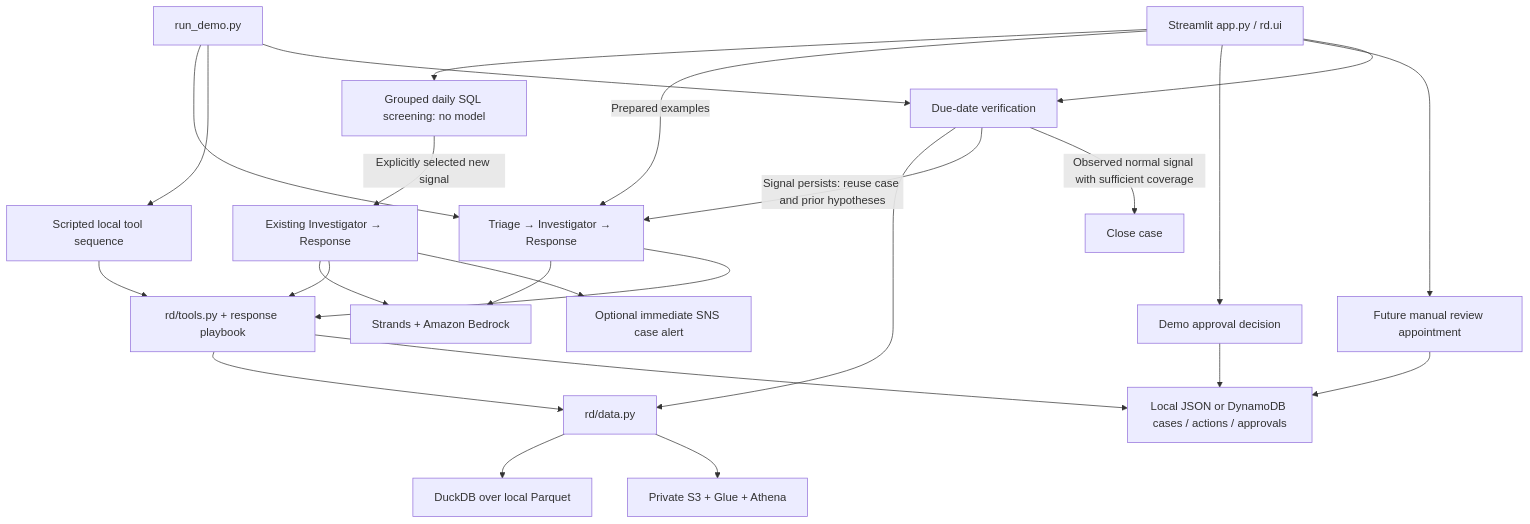
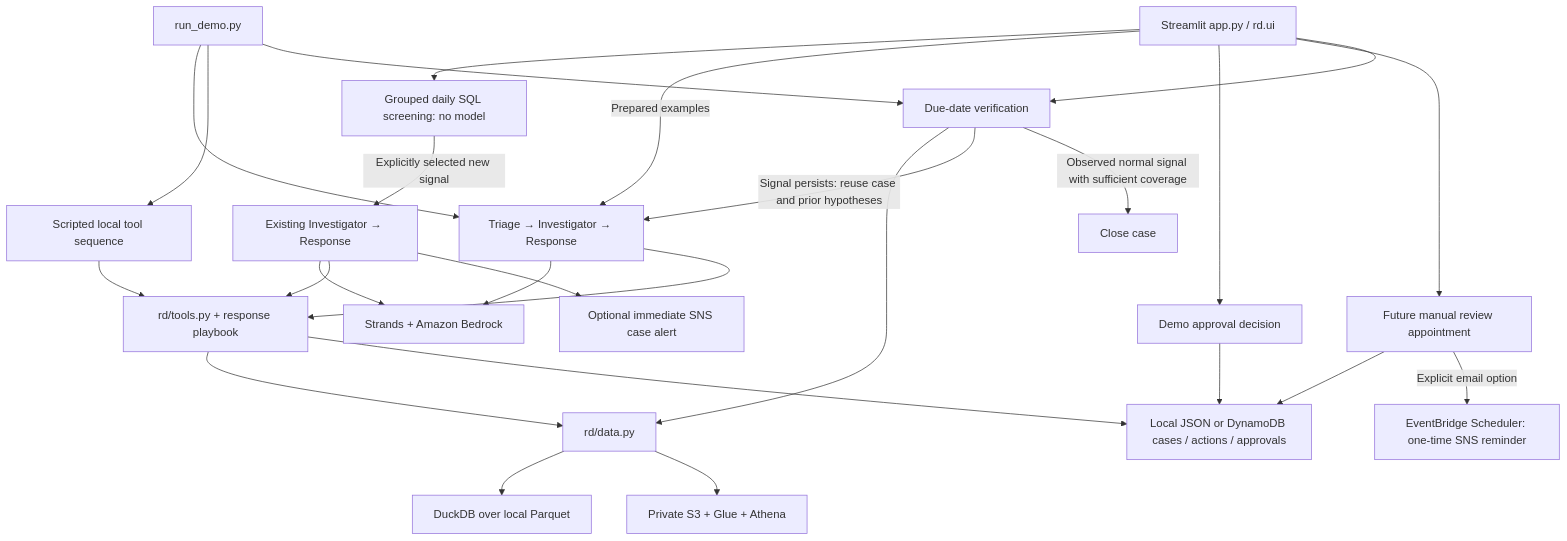
The diagram in docs/ARCHITECTURE.md (yszgit/return-detective), drawn with Mermaid before and after one commit. The commit also changed other lines of this file and 20 other files, not shown here.

Commit message:
Enable durable review email reminders with scoped Scheduler jobs

````diff
--- a/docs/ARCHITECTURE.md
+++ b/docs/ARCHITECTURE.md
@@ -3,27 +3,28 @@
 ```mermaid
 flowchart TD
     UI[Streamlit app.py / rd.ui] --> Daily[Grouped daily SQL screening: no model]
     Daily -->|Explicitly selected new signal| Review[Existing Investigator → Response]
     UI -->|Prepared examples| Pipeline[Triage → Investigator → Response]
     Review --> Model[Strands + Amazon Bedrock]
     Review --> Tools[rd/tools.py + response playbook]
     CLI[run_demo.py] --> Pipeline
     CLI --> Scripted[Scripted local tool sequence]
     Pipeline --> Model[Strands + Amazon Bedrock]
     Pipeline --> Tools[rd/tools.py + response playbook]
     Scripted --> Tools
     Tools --> Data[rd/data.py]
     Data --> Local[DuckDB over local Parquet]
     Data --> AWS[Private S3 + Glue + Athena]
     Tools --> Store[Local JSON or DynamoDB cases / actions / approvals]
     UI --> Human[Demo approval decision]
     Human --> Store
     Review --> Alerts[Optional immediate SNS case alert]
     UI --> Plan[Future manual review appointment]
     Plan --> Store
+    Plan -->|Explicit email option| Scheduler[EventBridge Scheduler: one-time SNS reminder]
     UI --> Verify[Due-date verification]
     CLI --> Verify
     Verify --> Data
     Verify -->|Signal persists: reuse case and prior hypotheses| Pipeline
     Verify -->|Observed normal signal with sufficient coverage| Closed[Close case]
 ```
````
